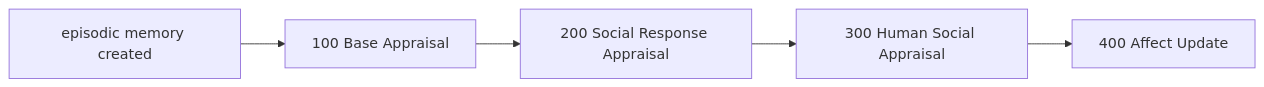
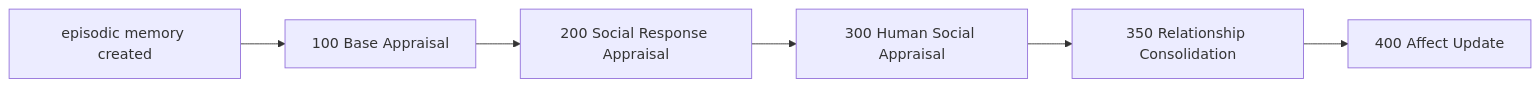
One commit to Prysline/emergent-causal-sim changed the second of 2 diagrams in docs/tick-pipeline.md. Above: the diagram before and after it, drawn with Mermaid. The commit also changed other lines of this file, not shown here.

Commit message:
Sync tick pipeline with Relationship consolidation ordering

````diff
--- a/docs/tick-pipeline.md
+++ b/docs/tick-pipeline.md
@@ -98,7 +100,8 @@
 ```mermaid
 flowchart LR
     M[episodic memory created] --> P100[100 Base Appraisal]
     P100 --> P200[200 Social Response Appraisal]
     P200 --> P300[300 Human Social Appraisal]
-    P300 --> P400[400 Affect Update]
+    P300 --> P350[350 Relationship Consolidation]
+    P350 --> P400[400 Affect Update]
 ```
````
